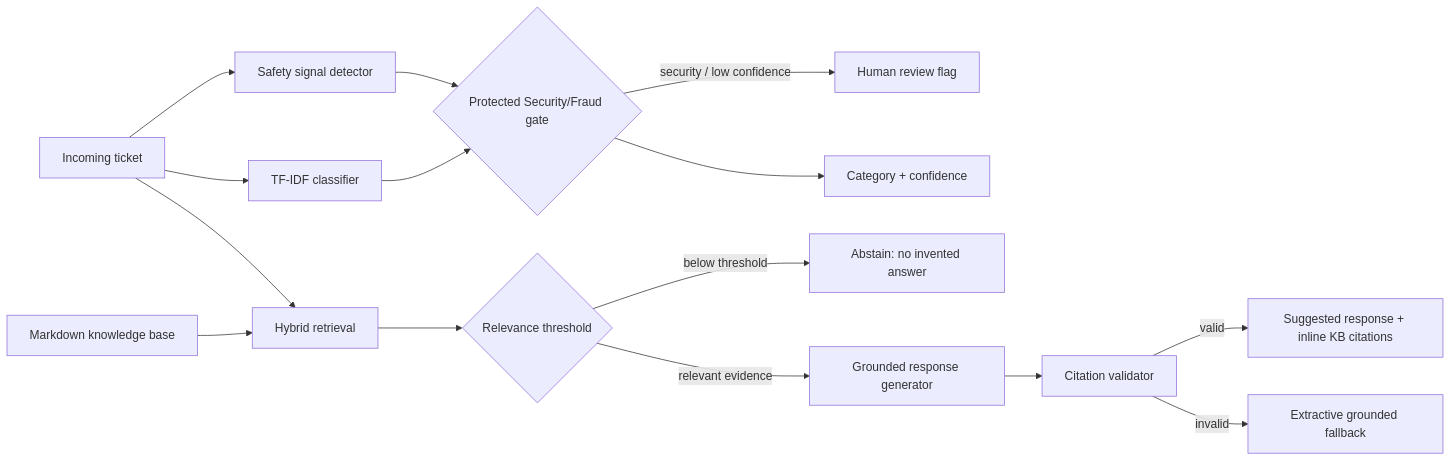
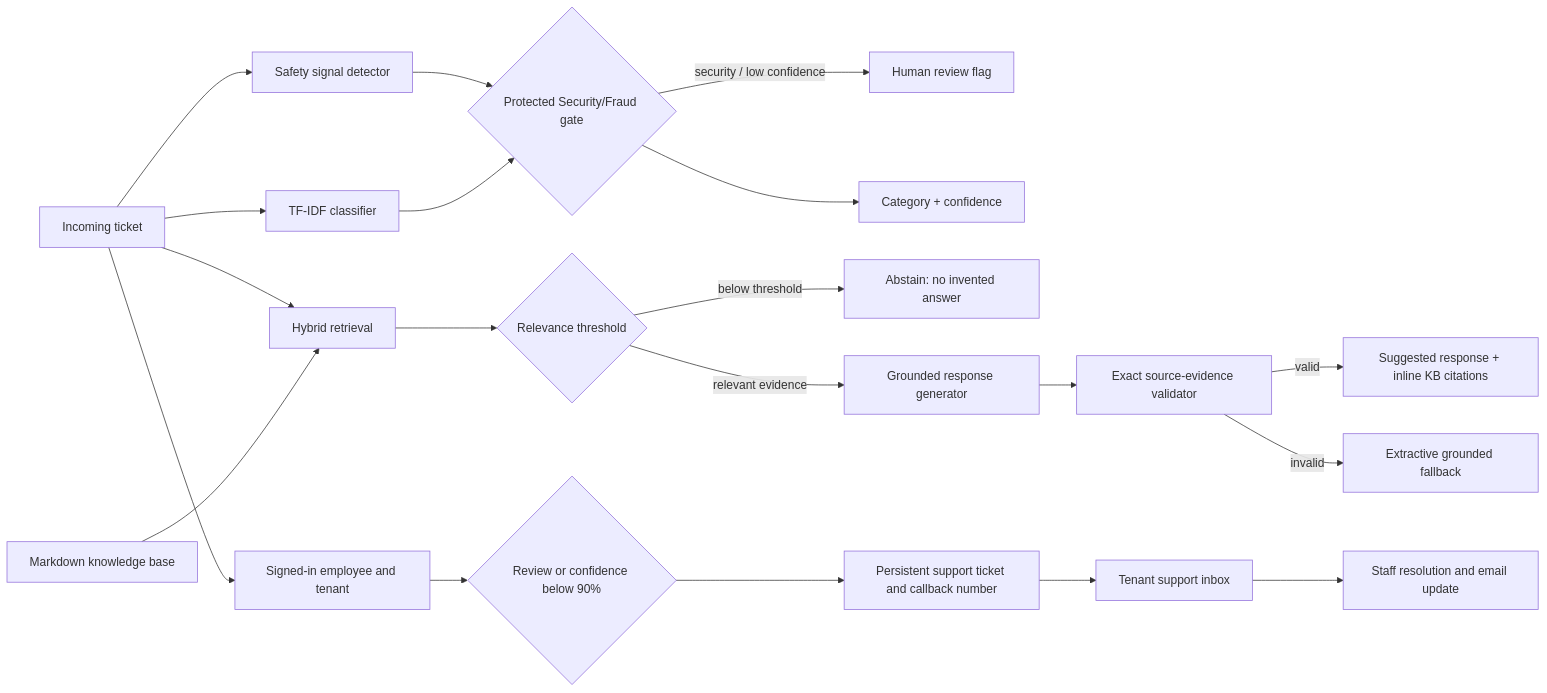
One commit to aniruddhakumarpaul/Dataeko changed the diagram in docs/architecture.md. Above: the diagram before and after it, drawn with Mermaid. The commit also changed other lines of this file and 44 other files, not shown here.

````diff
--- a/docs/architecture.md
+++ b/docs/architecture.md
@@ -6,18 +9,23 @@
 ```mermaid
 flowchart LR
     A[Incoming ticket] --> B[Safety signal detector]
     A --> C[TF-IDF classifier]
     B --> D{Protected Security/Fraud gate}
     C --> D
     D -->|security / low confidence| E[Human review flag]
     D --> F[Category + confidence]
 
     A --> G[Hybrid retrieval]
     H[Markdown knowledge base] --> G
     G --> I{Relevance threshold}
     I -->|below threshold| J[Abstain: no invented answer]
     I -->|relevant evidence| K[Grounded response generator]
-    K --> L[Citation validator]
+    K --> L[Exact source-evidence validator]
     L -->|valid| M[Suggested response + inline KB citations]
     L -->|invalid| N[Extractive grounded fallback]
+    A --> O[Signed-in employee and tenant]
+    O --> P{Review or confidence below 90%}
+    P --> Q[Persistent support ticket and callback number]
+    Q --> R[Tenant support inbox]
+    R --> S[Staff resolution and email update]
 ```
````
